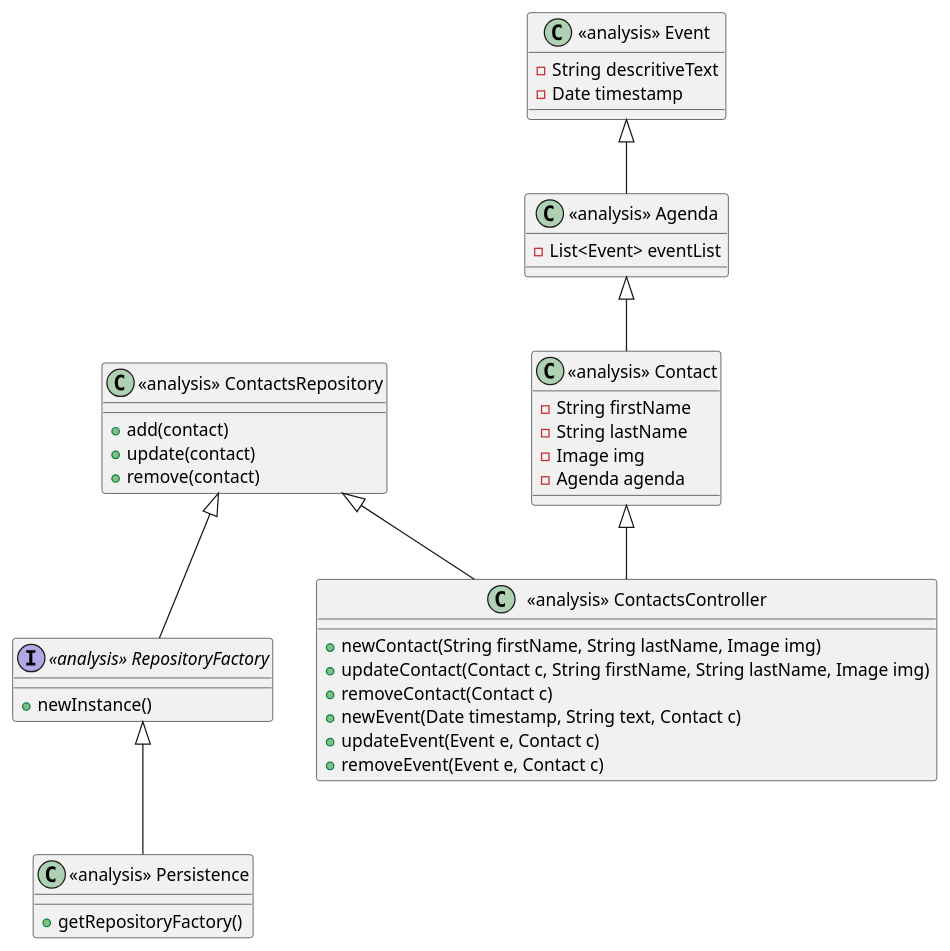
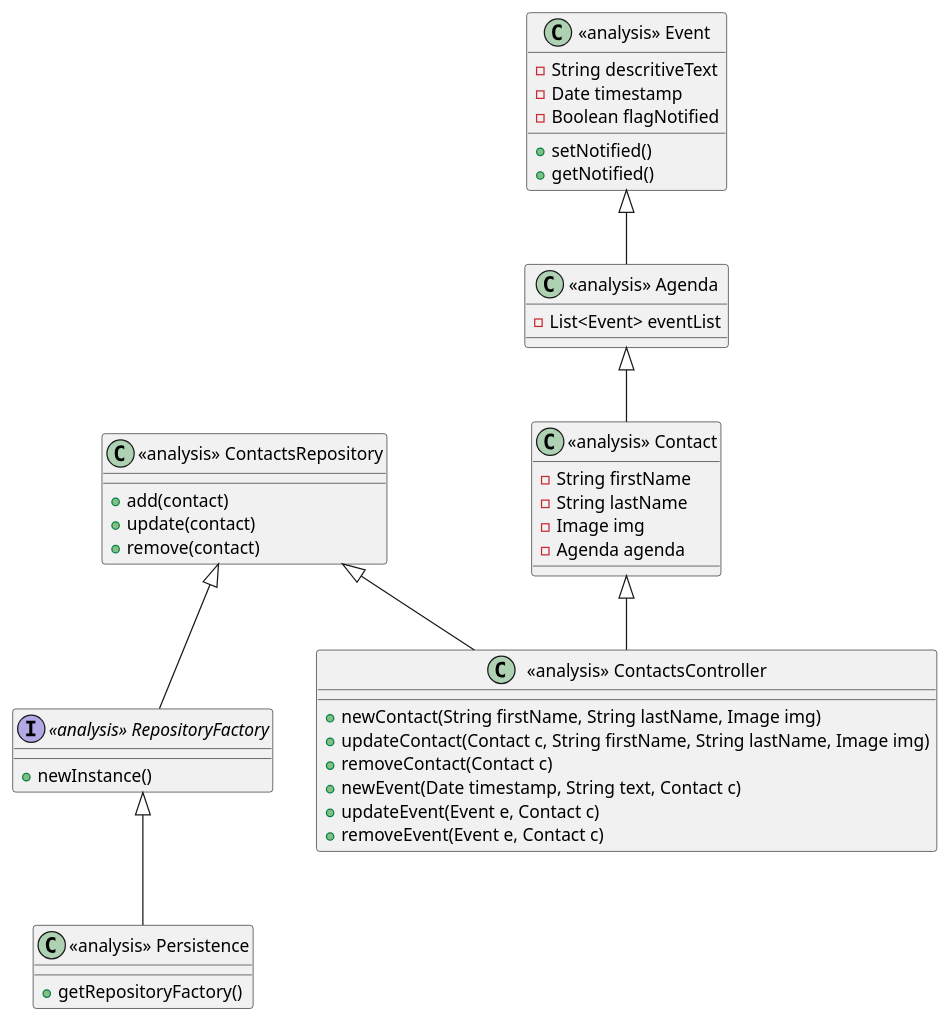
Before and after one commit to 1130348/Confusao: the diagram in src/csheets/userstories/crm01_01/edicao_contacto/i130348/crm_01_01_analise_classes.puml, drawn with PlantUML. The commit also changed 2 other files, not shown here.

```diff
--- a/src/csheets/userstories/crm01_01/edicao_contacto/i130348/crm_01_01_analise_classes.puml
+++ b/src/csheets/userstories/crm01_01/edicao_contacto/i130348/crm_01_01_analise_classes.puml
@@ -1,49 +1,52 @@
 @startuml doc-files/crm_01_01_analise_classes.png
 
     class "<<analysis>> Persistence" as Persistence{
         +getRepositoryFactory()
     }
 
     interface "<<analysis>> RepositoryFactory" as RepositoryFactory{
         +newInstance()
     }
 
     class "<<analysis>> ContactsRepository" as ContactsRepository{
         +add(contact)
         +update(contact)
         +remove(contact)
     }
 
     class "<<analysis>> Agenda" as Agenda{
         -List<Event> eventList
     }
     class "<<analysis>> Event" as Event{
         -String descritiveText
         -Date timestamp
+        -Boolean flagNotified
+        +setNotified()
+        +getNotified()
     }
 
     class "<<analysis>> Contact" as Contact{
         -String firstName
         -String lastName
         -Image img
         -Agenda agenda
     }
 
     class "<<analysis>> ContactsController" as ContactsController{
         +newContact(String firstName, String lastName, Image img)
         +updateContact(Contact c, String firstName, String lastName, Image img)
         +removeContact(Contact c)
         +newEvent(Date timestamp, String text, Contact c)
         +updateEvent(Event e, Contact c)
         +removeEvent(Event e, Contact c)
     }
 
 
     Agenda <|-- Contact
     Event <|-- Agenda
     RepositoryFactory <|-- Persistence
     ContactsRepository <|-- RepositoryFactory
     ContactsRepository <|-- ContactsController
     Contact <|-- ContactsController
 
 @enduml
```
